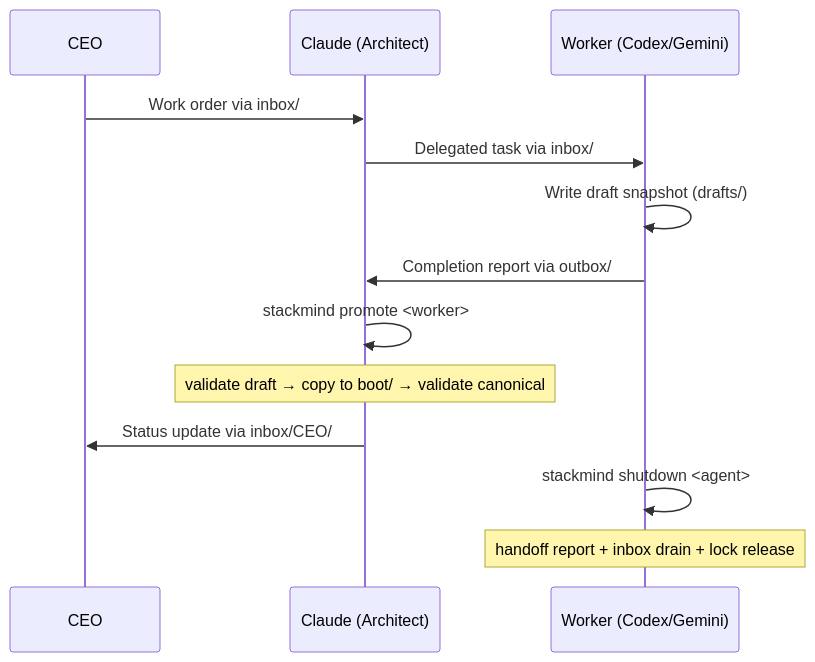
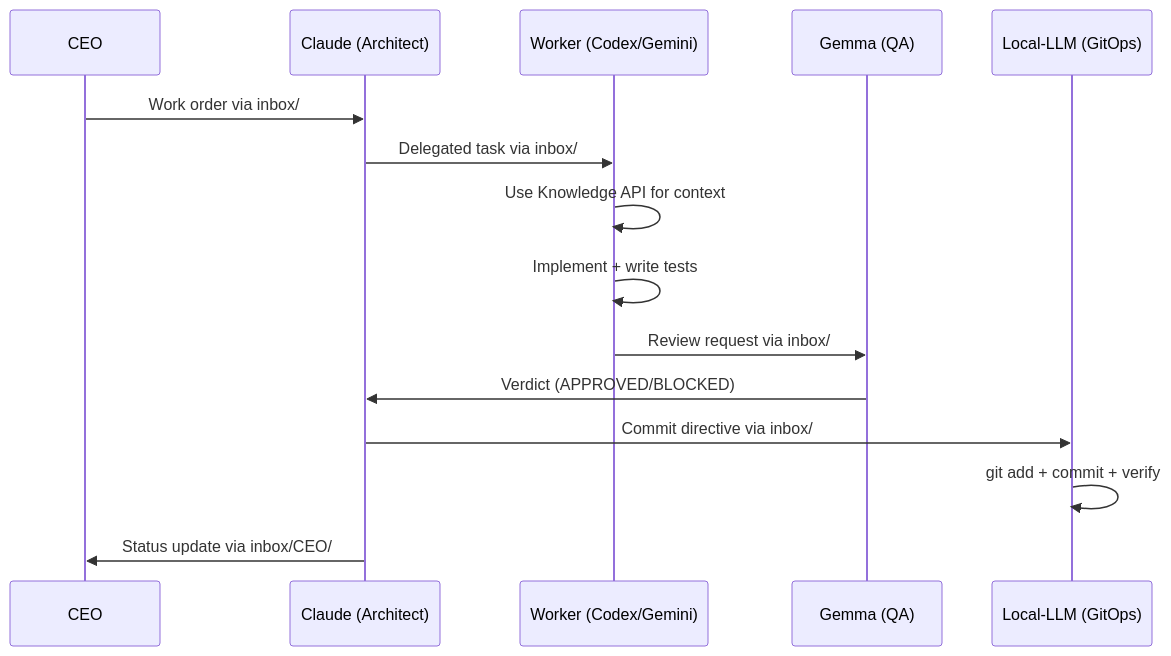
One commit to Abhishek3670/stackmind changed the third of 5 diagrams in STACKMIND.md. Above: the diagram before and after it, drawn with Mermaid. The commit also changed other lines of this file and 12 other files, not shown here.

````diff
--- a/STACKMIND.md
+++ b/STACKMIND.md
@@ -82,16 +137,18 @@
 ```mermaid
 sequenceDiagram
     participant CEO
     participant Claude as Claude (Architect)
     participant Worker as Worker (Codex/Gemini)
+    participant Gemma as Gemma (QA)
+    participant LLM as Local-LLM (GitOps)
 
     CEO->>Claude: Work order via inbox/
     Claude->>Worker: Delegated task via inbox/
-    Worker->>Worker: Write draft snapshot (drafts/)
-    Worker->>Claude: Completion report via outbox/
-    Claude->>Claude: stackmind promote <worker>
-    Note over Claude: validate draft → copy to boot/ → validate canonical
+    Worker->>Worker: Use Knowledge API for context
+    Worker->>Worker: Implement + write tests
+    Worker->>Gemma: Review request via inbox/
+    Gemma->>Claude: Verdict (APPROVED/BLOCKED)
+    Claude->>LLM: Commit directive via inbox/
+    LLM->>LLM: git add + commit + verify
     Claude->>CEO: Status update via inbox/CEO/
-    Worker->>Worker: stackmind shutdown <agent>
-    Note over Worker: handoff report + inbox drain + lock release
 ```
````
